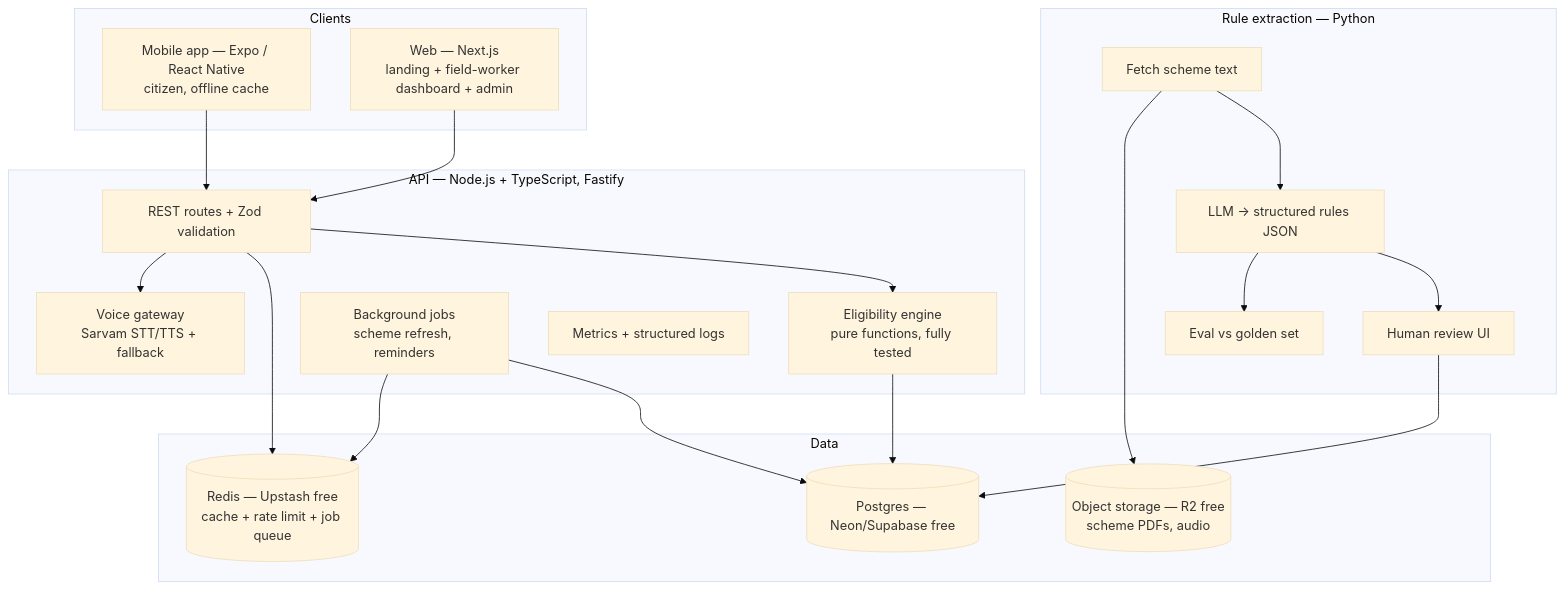
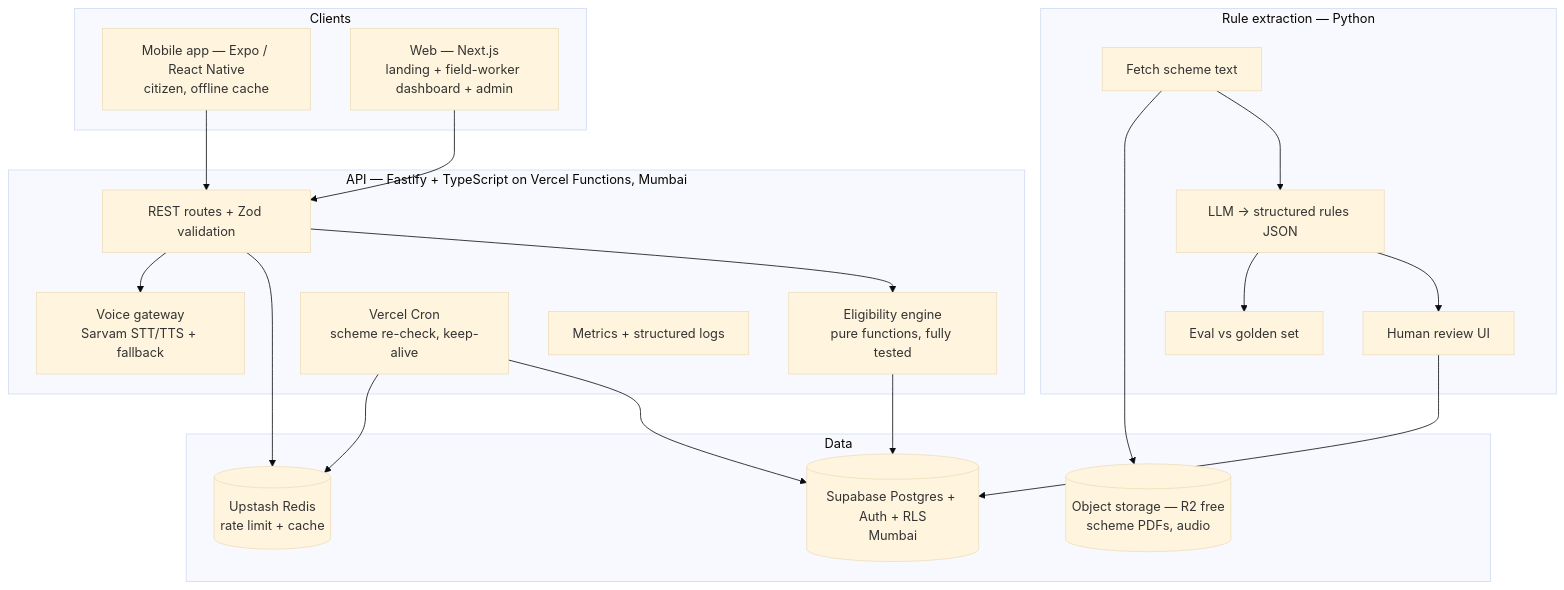
The first of 7 diagrams in docs/ARCHITECTURE.md (Zakuroooo/SchemeMatch), drawn with Mermaid (base theme) before and after one commit. The commit also changed other lines of this file, not shown here.

Commit message:
docs(architecture): point to ADRs and switch hosting to Vercel Functions

````diff
--- a/docs/ARCHITECTURE.md
+++ b/docs/ARCHITECTURE.md
@@ -6,33 +6,33 @@
 ```mermaid
 flowchart TB
     subgraph Clients
         M[Mobile app — Expo / React Native<br/>citizen, offline cache]
         W[Web — Next.js<br/>landing + field-worker dashboard + admin]
     end
-    subgraph Backend [API — Node.js + TypeScript, Fastify]
+    subgraph Backend [API — Fastify + TypeScript on Vercel Functions, Mumbai]
         R[REST routes + Zod validation]
         E[Eligibility engine<br/>pure functions, fully tested]
         V[Voice gateway<br/>Sarvam STT/TTS + fallback]
-        J[Background jobs<br/>scheme refresh, reminders]
+        J[Vercel Cron<br/>scheme re-check, keep-alive]
         MET[Metrics + structured logs]
     end
     subgraph Data
-        PG[(Postgres — Neon/Supabase free)]
-        RD[(Redis — Upstash free<br/>cache + rate limit + job queue)]
+        PG[(Supabase Postgres + Auth + RLS<br/>Mumbai)]
+        RD[(Upstash Redis<br/>rate limit + cache)]
         ST[(Object storage — R2 free<br/>scheme PDFs, audio)]
     end
     subgraph Pipeline [Rule extraction — Python]
         X[Fetch scheme text] --> L[LLM → structured rules JSON]
         L --> H[Human review UI]
         H --> PG
         L --> EV[Eval vs golden set]
     end
     M --> R
     W --> R
     R --> E --> PG
     R --> RD
     R --> V
     J --> PG
     J --> RD
     X --> ST
 ```
````
